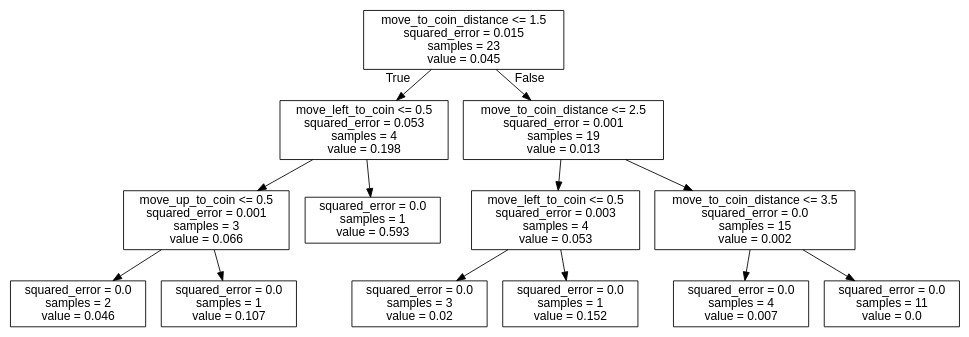
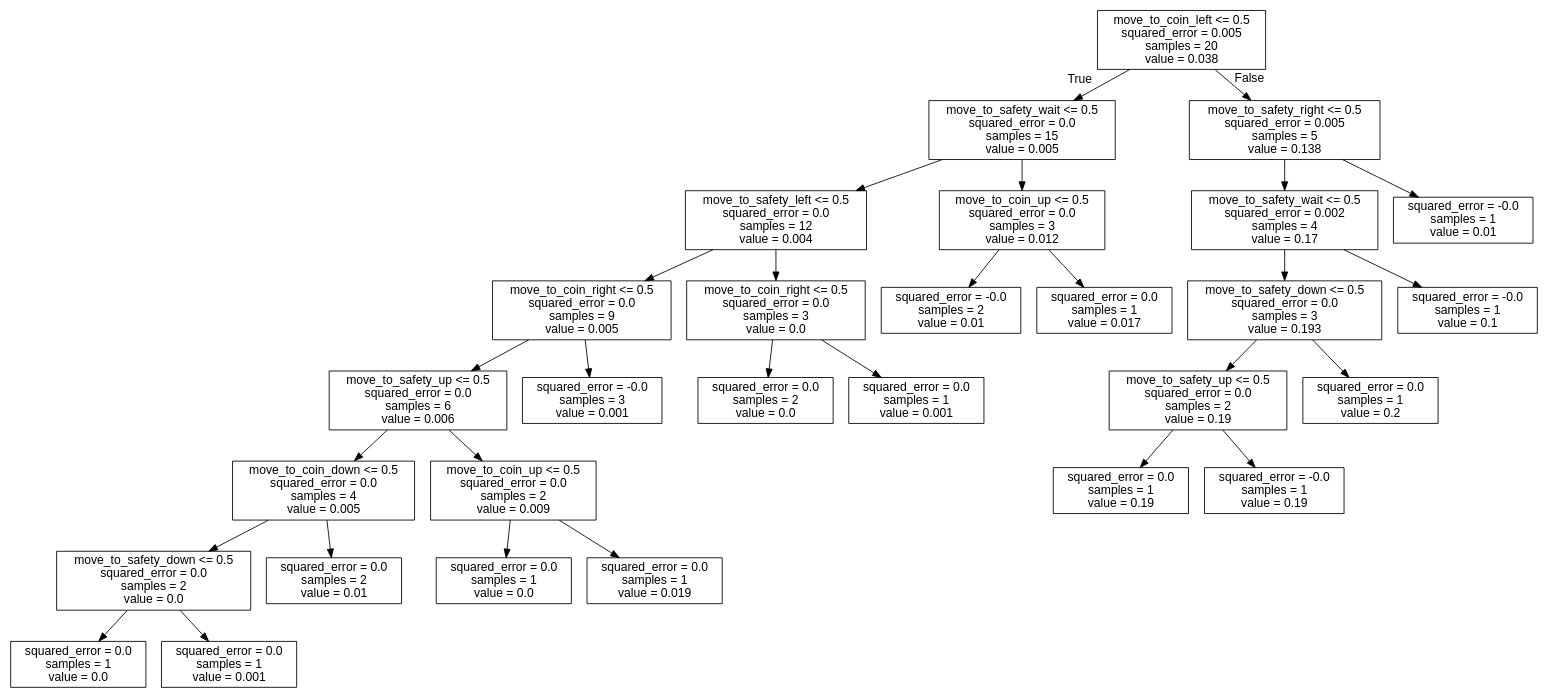
The diagram in bomberman_rl/agent_code/my_agent/trees/LEFT.dot (J-Gann/FML), drawn with Graphviz before and after one commit. The commit also changed 9 other files, not shown here.

```diff
--- a/bomberman_rl/agent_code/my_agent/trees/LEFT.dot
+++ b/bomberman_rl/agent_code/my_agent/trees/LEFT.dot
@@ -1,29 +1,61 @@
 digraph Tree {
 node [shape=box, fontname="helvetica"] ;
 edge [fontname="helvetica"] ;
-0 [label="move_to_coin_distance <= 1.5\nsquared_error = 0.015\nsamples = 23\nvalue = 0.045"] ;
-1 [label="move_left_to_coin <= 0.5\nsquared_error = 0.053\nsamples = 4\nvalue = 0.198"] ;
+0 [label="move_to_coin_left <= 0.5\nsquared_error = 0.005\nsamples = 20\nvalue = 0.038"] ;
+1 [label="move_to_safety_wait <= 0.5\nsquared_error = 0.0\nsamples = 15\nvalue = 0.005"] ;
 0 -> 1 [labeldistance=2.5, labelangle=45, headlabel="True"] ;
-2 [label="move_up_to_coin <= 0.5\nsquared_error = 0.001\nsamples = 3\nvalue = 0.066"] ;
+2 [label="move_to_safety_left <= 0.5\nsquared_error = 0.0\nsamples = 12\nvalue = 0.004"] ;
 1 -> 2 ;
-3 [label="squared_error = 0.0\nsamples = 2\nvalue = 0.046"] ;
+3 [label="move_to_coin_right <= 0.5\nsquared_error = 0.0\nsamples = 9\nvalue = 0.005"] ;
 2 -> 3 ;
-4 [label="squared_error = 0.0\nsamples = 1\nvalue = 0.107"] ;
-2 -> 4 ;
-5 [label="squared_error = 0.0\nsamples = 1\nvalue = 0.593"] ;
-1 -> 5 ;
-6 [label="move_to_coin_distance <= 2.5\nsquared_error = 0.001\nsamples = 19\nvalue = 0.013"] ;
-0 -> 6 [labeldistance=2.5, labelangle=-45, headlabel="False"] ;
-7 [label="move_left_to_coin <= 0.5\nsquared_error = 0.003\nsamples = 4\nvalue = 0.053"] ;
+4 [label="move_to_safety_up <= 0.5\nsquared_error = 0.0\nsamples = 6\nvalue = 0.006"] ;
+3 -> 4 ;
+5 [label="move_to_coin_down <= 0.5\nsquared_error = 0.0\nsamples = 4\nvalue = 0.005"] ;
+4 -> 5 ;
+6 [label="move_to_safety_down <= 0.5\nsquared_error = 0.0\nsamples = 2\nvalue = 0.0"] ;
+5 -> 6 ;
+7 [label="squared_error = 0.0\nsamples = 1\nvalue = 0.0"] ;
 6 -> 7 ;
-8 [label="squared_error = 0.0\nsamples = 3\nvalue = 0.02"] ;
-7 -> 8 ;
-9 [label="squared_error = 0.0\nsamples = 1\nvalue = 0.152"] ;
-7 -> 9 ;
-10 [label="move_to_coin_distance <= 3.5\nsquared_error = 0.0\nsamples = 15\nvalue = 0.002"] ;
-6 -> 10 ;
-11 [label="squared_error = 0.0\nsamples = 4\nvalue = 0.007"] ;
+8 [label="squared_error = 0.0\nsamples = 1\nvalue = 0.001"] ;
+6 -> 8 ;
+9 [label="squared_error = 0.0\nsamples = 2\nvalue = 0.01"] ;
+5 -> 9 ;
+10 [label="move_to_coin_up <= 0.5\nsquared_error = 0.0\nsamples = 2\nvalue = 0.009"] ;
+4 -> 10 ;
+11 [label="squared_error = 0.0\nsamples = 1\nvalue = 0.0"] ;
 10 -> 11 ;
-12 [label="squared_error = 0.0\nsamples = 11\nvalue = 0.0"] ;
+12 [label="squared_error = 0.0\nsamples = 1\nvalue = 0.019"] ;
 10 -> 12 ;
+13 [label="squared_error = -0.0\nsamples = 3\nvalue = 0.001"] ;
+3 -> 13 ;
+14 [label="move_to_coin_right <= 0.5\nsquared_error = 0.0\nsamples = 3\nvalue = 0.0"] ;
+2 -> 14 ;
+15 [label="squared_error = 0.0\nsamples = 2\nvalue = 0.0"] ;
+14 -> 15 ;
+16 [label="squared_error = 0.0\nsamples = 1\nvalue = 0.001"] ;
+14 -> 16 ;
+17 [label="move_to_coin_up <= 0.5\nsquared_error = 0.0\nsamples = 3\nvalue = 0.012"] ;
+1 -> 17 ;
+18 [label="squared_error = -0.0\nsamples = 2\nvalue = 0.01"] ;
+17 -> 18 ;
+19 [label="squared_error = 0.0\nsamples = 1\nvalue = 0.017"] ;
+17 -> 19 ;
+20 [label="move_to_safety_right <= 0.5\nsquared_error = 0.005\nsamples = 5\nvalue = 0.138"] ;
+0 -> 20 [labeldistance=2.5, labelangle=-45, headlabel="False"] ;
+21 [label="move_to_safety_wait <= 0.5\nsquared_error = 0.002\nsamples = 4\nvalue = 0.17"] ;
+20 -> 21 ;
+22 [label="move_to_safety_down <= 0.5\nsquared_error = 0.0\nsamples = 3\nvalue = 0.193"] ;
+21 -> 22 ;
+23 [label="move_to_safety_up <= 0.5\nsquared_error = 0.0\nsamples = 2\nvalue = 0.19"] ;
+22 -> 23 ;
+24 [label="squared_error = 0.0\nsamples = 1\nvalue = 0.19"] ;
+23 -> 24 ;
+25 [label="squared_error = -0.0\nsamples = 1\nvalue = 0.19"] ;
+23 -> 25 ;
+26 [label="squared_error = 0.0\nsamples = 1\nvalue = 0.2"] ;
+22 -> 26 ;
+27 [label="squared_error = -0.0\nsamples = 1\nvalue = 0.1"] ;
+21 -> 27 ;
+28 [label="squared_error = -0.0\nsamples = 1\nvalue = 0.01"] ;
+20 -> 28 ;
 }
```
